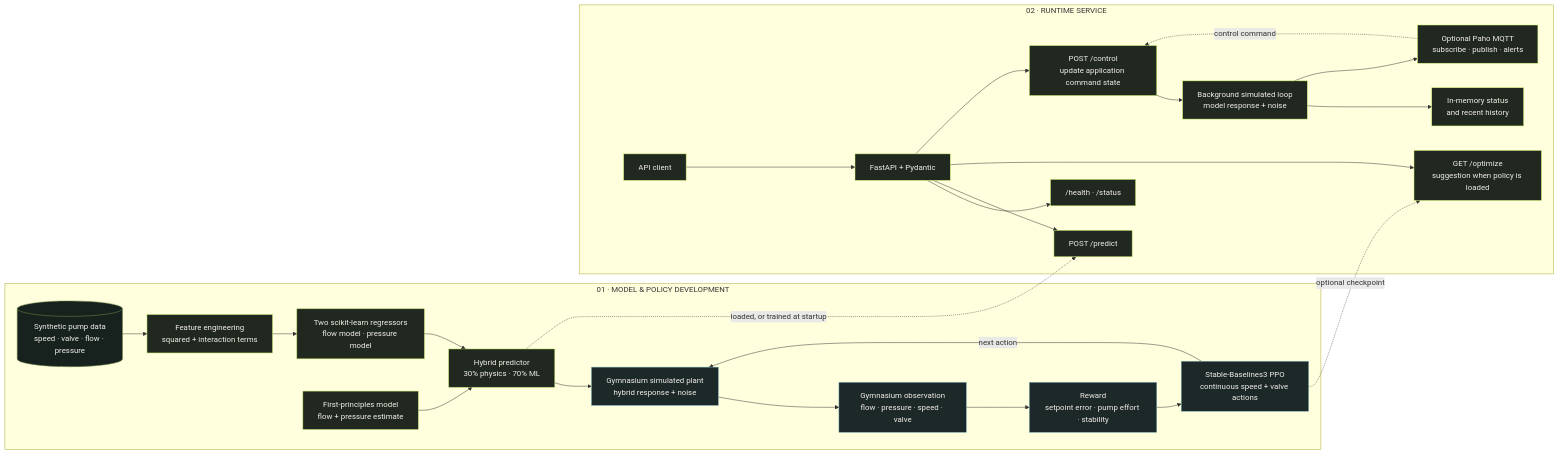
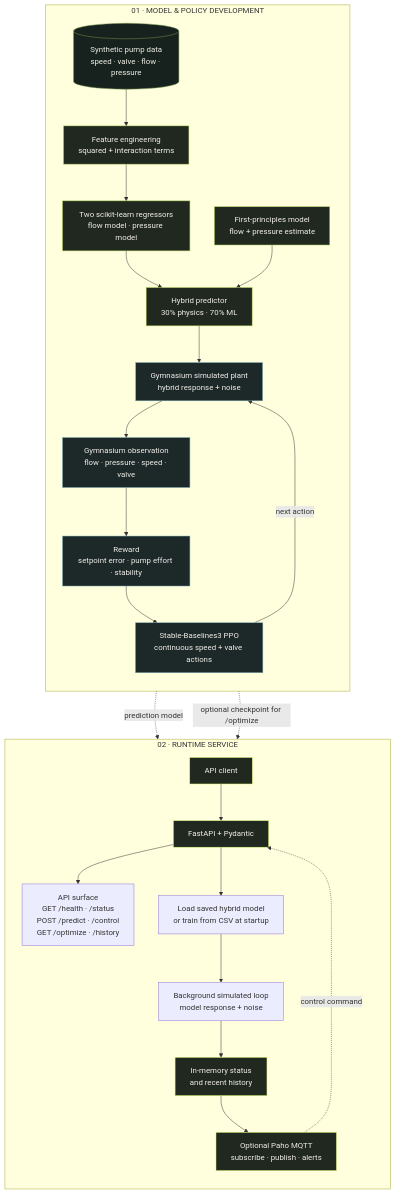
One commit to abh2050/reinforcement_learning_based_pump_control_with_edge_deployment changed the diagram in README.md. Above: the diagram before and after it, drawn with Mermaid.

Commit message:
Make README system flow vertically readable

````diff
--- a/README.md
+++ b/README.md
@@ -93,53 +93,47 @@
 ```mermaid
-flowchart LR
+flowchart TB
   subgraph TRAIN["01 · MODEL & POLICY DEVELOPMENT"]
+    direction TB
     CSV[("Synthetic pump data<br/>speed · valve · flow · pressure")]
     FEATURES["Feature engineering<br/>squared + interaction terms"]
     REGRESSORS["Two scikit-learn regressors<br/>flow model · pressure model"]
     PHYSICS["First-principles model<br/>flow + pressure estimate"]
     HYBRID["Hybrid predictor<br/>30% physics · 70% ML"]
     ENV["Gymnasium simulated plant<br/>hybrid response + noise"]
     OBS["Gymnasium observation<br/>flow · pressure · speed · valve"]
     REWARD["Reward<br/>setpoint error · pump effort · stability"]
     POLICY["Stable-Baselines3 PPO<br/>continuous speed + valve actions"]
 
     CSV --> FEATURES --> REGRESSORS --> HYBRID
     PHYSICS --> HYBRID
     HYBRID --> ENV --> OBS --> REWARD --> POLICY
     POLICY -- "next action" --> ENV
   end
 
   subgraph SERVICE["02 · RUNTIME SERVICE"]
+    direction TB
     CLIENT["API client"]
     API["FastAPI + Pydantic"]
-    HEALTH["/health · /status"]
-    PREDICT["POST /predict"]
-    OPTIMIZE["GET /optimize<br/>suggestion when policy is loaded"]
-    CONTROL["POST /control<br/>update application command state"]
-    SIM["Background simulated loop<br/>model response + noise"]
+    ROUTES["API surface<br/>GET /health · /status<br/>POST /predict · /control<br/>GET /optimize · /history"]
+    LOAD["Load saved hybrid model<br/>or train from CSV at startup"]
+    LOOP["Background simulated loop<br/>model response + noise"]
     STATE["In-memory status<br/>and recent history"]
     MQTT["Optional Paho MQTT<br/>subscribe · publish · alerts"]
 
-    CLIENT --> API
-    API --> HEALTH
-    API --> PREDICT
-    API --> OPTIMIZE
-    API --> CONTROL
-    CONTROL --> SIM
-    SIM --> STATE
-    SIM --> MQTT
-    MQTT -. "control command" .-> CONTROL
+    CLIENT --> API --> ROUTES
+    API --> LOAD --> LOOP --> STATE --> MQTT
+    MQTT -. "control command" .-> API
   end
 
-  HYBRID -. "loaded, or trained at startup" .-> PREDICT
-  POLICY -. "optional checkpoint" .-> OPTIMIZE
+  HYBRID -. "prediction model" .-> LOOP
+  POLICY -. "optional checkpoint for /optimize" .-> ROUTES
 
   classDef data fill:#17221e,stroke:#77934a,color:#f2f0e9
   classDef model fill:#202820,stroke:#a8c94d,color:#f2f0e9
   classDef learn fill:#1d2829,stroke:#78aab7,color:#f2f0e9
   classDef service fill:#202820,stroke:#d3f36b,color:#f2f0e9
   class CSV data
   class FEATURES,REGRESSORS,PHYSICS,HYBRID model
   class ENV,OBS,REWARD,POLICY learn
   class CLIENT,API,HEALTH,PREDICT,OPTIMIZE,CONTROL,SIM,STATE,MQTT service
 ```
````
